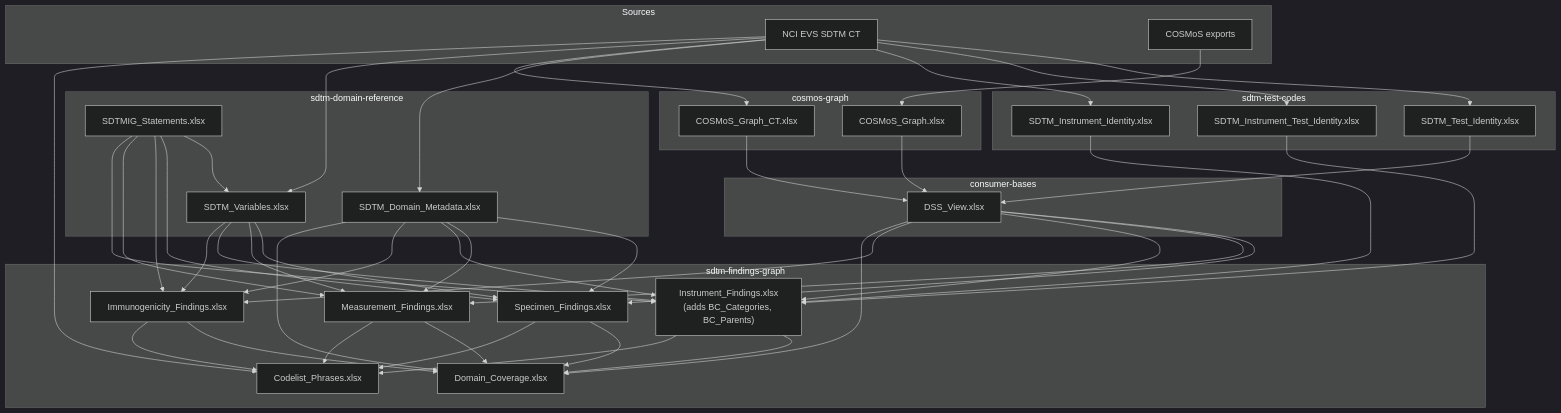
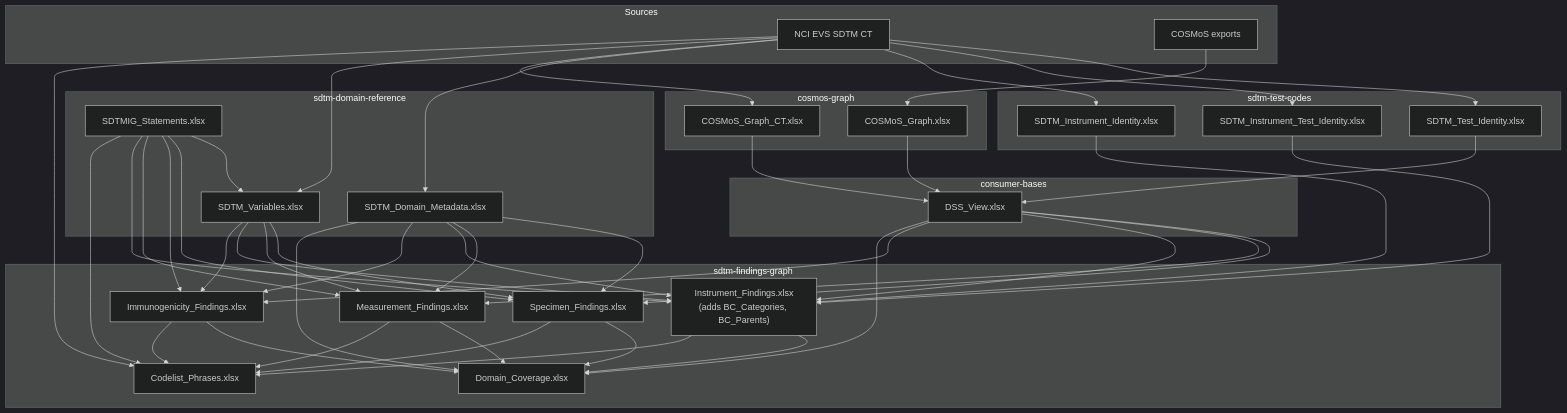
One commit to kerfors/cdisc-for-ai changed the first of 2 diagrams in docs/Data_Flow.md. Above: the diagram before and after it, drawn with Mermaid (dark theme). The commit also changed other lines of this file and 10 other files, not shown here.

````diff
--- a/docs/Data_Flow.md
+++ b/docs/Data_Flow.md
@@ -9,80 +9,81 @@
 ```mermaid
 graph TD
     subgraph Sources
         EVS["NCI EVS SDTM CT"]
         COS["COSMoS exports"]
     end
 
     subgraph sdtm-test-codes
         TI["SDTM_Test_Identity.xlsx"]
         ITI["SDTM_Instrument_Test_Identity.xlsx"]
         II["SDTM_Instrument_Identity.xlsx"]
     end
 
     subgraph cosmos-graph
         CG["COSMoS_Graph.xlsx"]
         CGC["COSMoS_Graph_CT.xlsx"]
     end
 
     subgraph sdtm-domain-reference
         DM["SDTM_Domain_Metadata.xlsx"]
         STM["SDTMIG_Statements.xlsx"]
         SVR["SDTM_Variables.xlsx"]
     end
 
     subgraph consumer-bases
         DV["DSS_View.xlsx"]
     end
 
     subgraph sdtm-findings-graph
         SF["Specimen_Findings.xlsx"]
         MF["Measurement_Findings.xlsx"]
         IF["Instrument_Findings.xlsx<br/>(adds BC_Categories, BC_Parents)"]
         IMF["Immunogenicity_Findings.xlsx"]
         DC["Domain_Coverage.xlsx"]
         CPH["Codelist_Phrases.xlsx"]
     end
 
     EVS --> TI
     EVS --> ITI
     EVS --> II
     EVS --> DM
     EVS --> CGC
     COS --> CG
 
     CG --> DV
     CGC --> DV
     TI --> DV
 
     DV --> SF
     DV --> MF
     DV --> IF
     DV --> IMF
     DM --> SF
     DM --> MF
     STM --> SVR
     EVS --> SVR
     STM --> SF
     STM --> IMF
     STM --> MF
     STM --> IF
     SVR --> SF
     SVR --> MF
     SVR --> IF
     SVR --> IMF
     DM --> IF
     DM --> IMF
     II --> IF
     ITI --> IF
     SF --> DC
     MF --> DC
     IF --> DC
     IMF --> DC
     SF --> CPH
     MF --> CPH
     IF --> CPH
     IMF --> CPH
     EVS --> CPH
+    STM --> CPH
     DM --> DC
     DV --> DC
 ```
````
